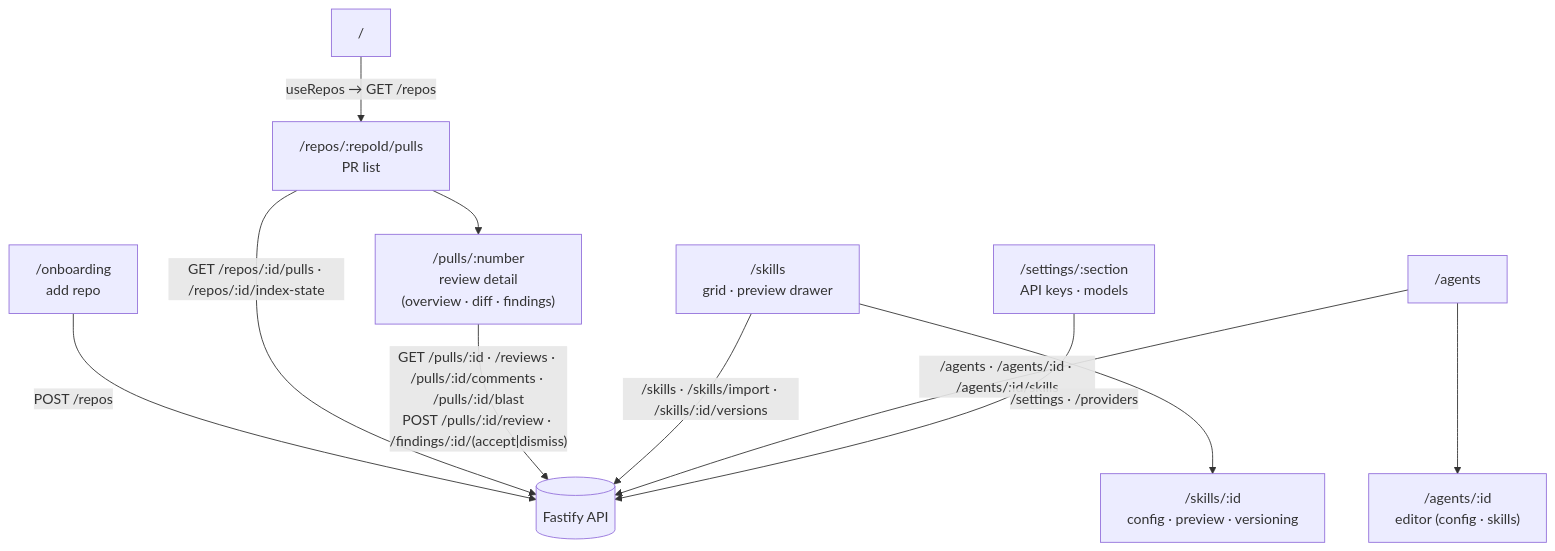
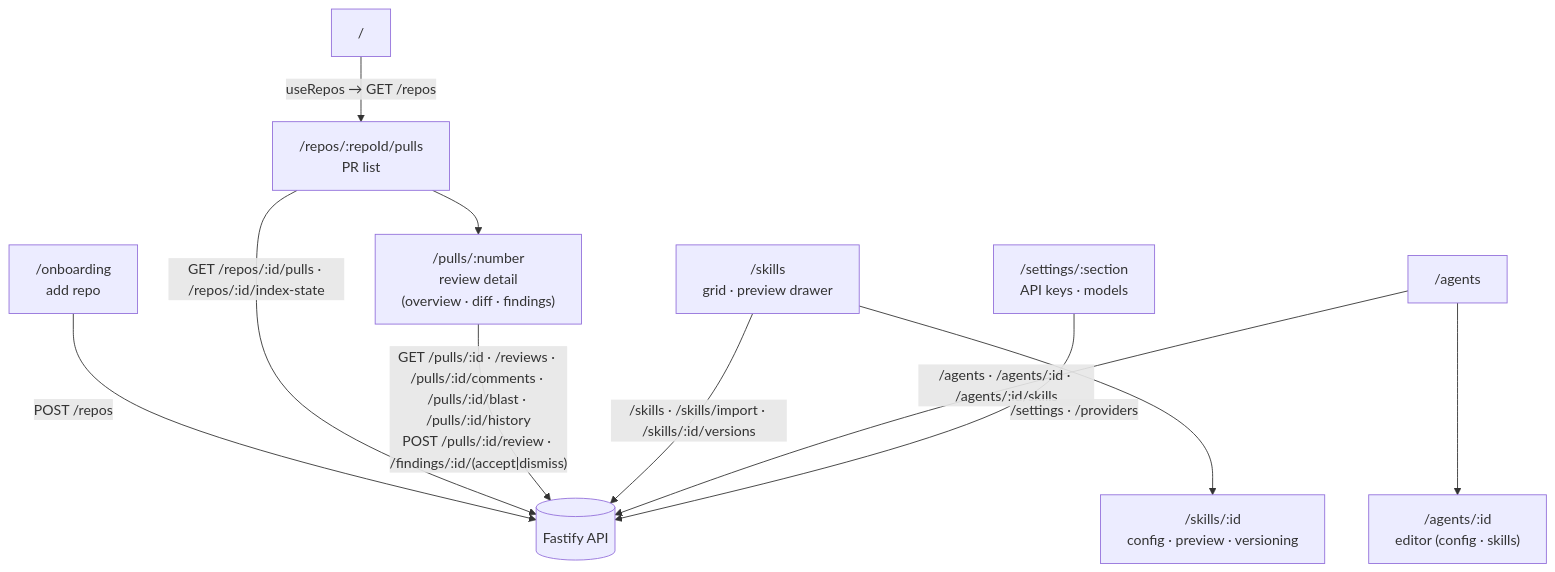
The diagram in client/README.md (BalakaMd/dev-digest), drawn with Mermaid before and after one commit. The commit also changed 48 other files, not shown here.

Commit message:
feat: implement pull request history and blast radius visualization features

````diff
--- a/client/README.md
+++ b/client/README.md
@@ -24,16 +24,16 @@
 ```mermaid
 flowchart TD
   ROOT["/"] -->|"useRepos → GET /repos"| PULLS["/repos/:repoId/pulls<br/>PR list"]
   ONB["/onboarding<br/>add repo"] -->|"POST /repos"| API[("Fastify API")]
   PULLS --> PR["/pulls/:number<br/>review detail<br/>(overview · diff · findings)"]
 
   SKILLS["/skills<br/>grid · preview drawer"] --> SKILL["/skills/:id<br/>config · preview · versioning"]
   AGENTS["/agents"] --> AGENT["/agents/:id<br/>editor (config · skills)"]
   SETTINGS["/settings/:section<br/>API keys · models"]
 
   PULLS -->|"GET /repos/:id/pulls · /repos/:id/index-state"| API
-  PR -->|"GET /pulls/:id · /reviews · /pulls/:id/comments · /pulls/:id/blast<br/>POST /pulls/:id/review · /findings/:id/(accept|dismiss)"| API
+  PR -->|"GET /pulls/:id · /reviews · /pulls/:id/comments · /pulls/:id/blast · /pulls/:id/history<br/>POST /pulls/:id/review · /findings/:id/(accept|dismiss)"| API
   SKILLS -->|"/skills · /skills/import · /skills/:id/versions"| API
   AGENTS -->|"/agents · /agents/:id · /agents/:id/skills"| API
   SETTINGS -->|"/settings · /providers"| API
 ```
````
